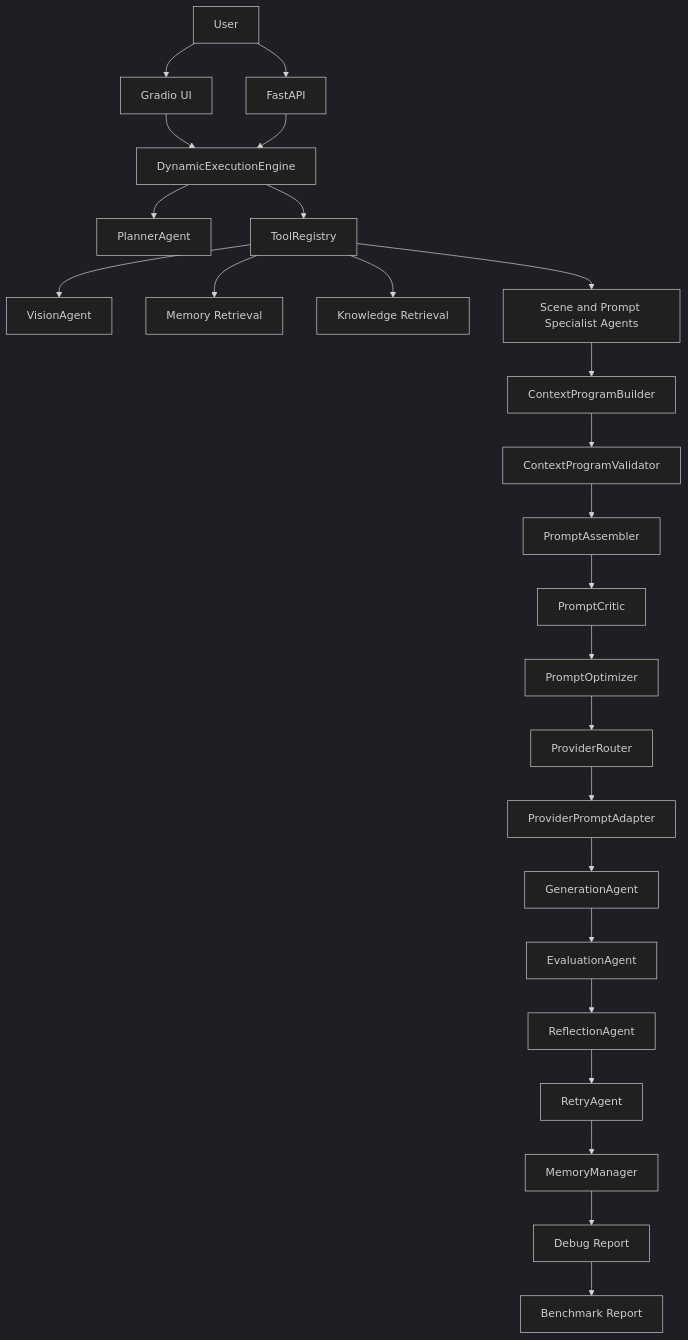
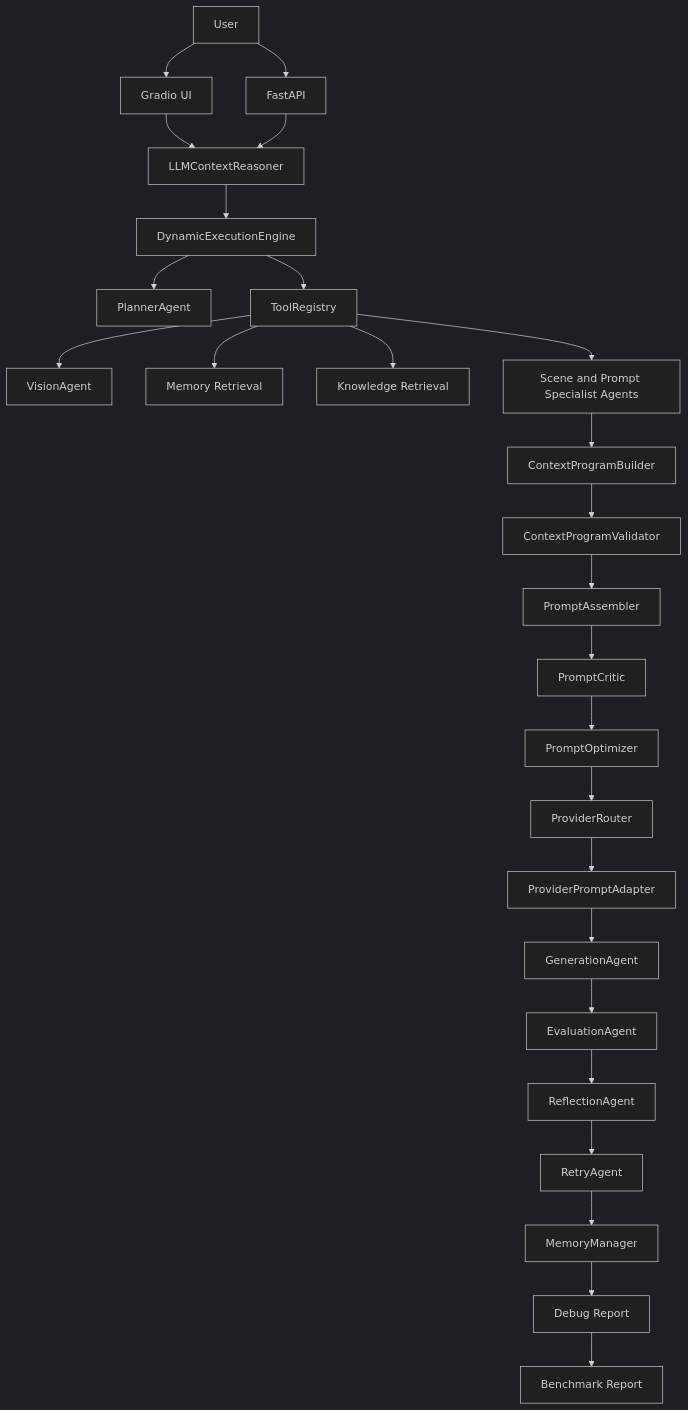
The diagram in docs/architecture.md (wooyybb/multimodal-ai-agent-playground), drawn with Mermaid (dark theme) before and after one commit. The commit also changed other lines of this file and 11 other files, not shown here.

Commit message:
feat(reasoning): integrate LLM context reasoning schema

````diff
--- a/docs/architecture.md
+++ b/docs/architecture.md
@@ -54,27 +57,28 @@
 ```mermaid
 flowchart TD
     U[User] --> UI[Gradio UI]
     U --> API[FastAPI]
-    UI --> E[DynamicExecutionEngine]
-    API --> E
+    UI --> LR[LLMContextReasoner]
+    API --> LR
+    LR --> E[DynamicExecutionEngine]
     E --> P[PlannerAgent]
     E --> R[ToolRegistry]
     R --> V[VisionAgent]
     R --> M1[Memory Retrieval]
     R --> K[Knowledge Retrieval]
     R --> S[Scene and Prompt Specialist Agents]
     S --> CP[ContextProgramBuilder]
     CP --> CV[ContextProgramValidator]
     CV --> PA[PromptAssembler]
     PA --> PC[PromptCritic]
     PC --> PO[PromptOptimizer]
     PO --> PR[ProviderRouter]
     PR --> PPA[ProviderPromptAdapter]
     PPA --> G[GenerationAgent]
     G --> EV[EvaluationAgent]
     EV --> RF[ReflectionAgent]
     RF --> RT[RetryAgent]
     RT --> MM[MemoryManager]
     MM --> DR[Debug Report]
     DR --> B[Benchmark Report]
 ```
````
